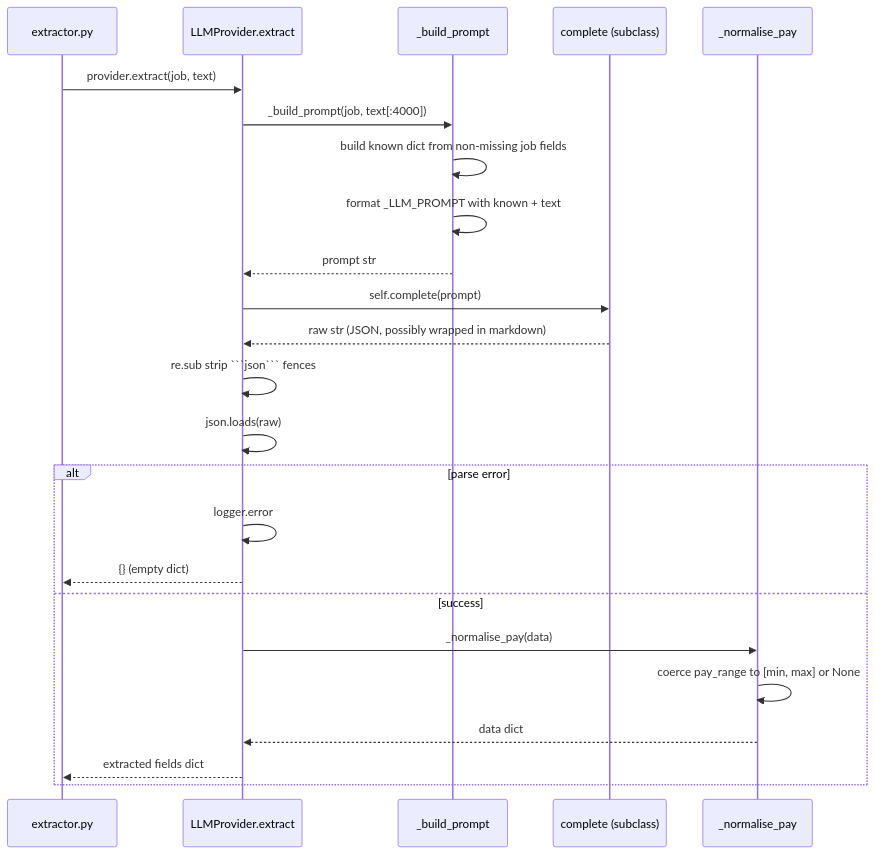
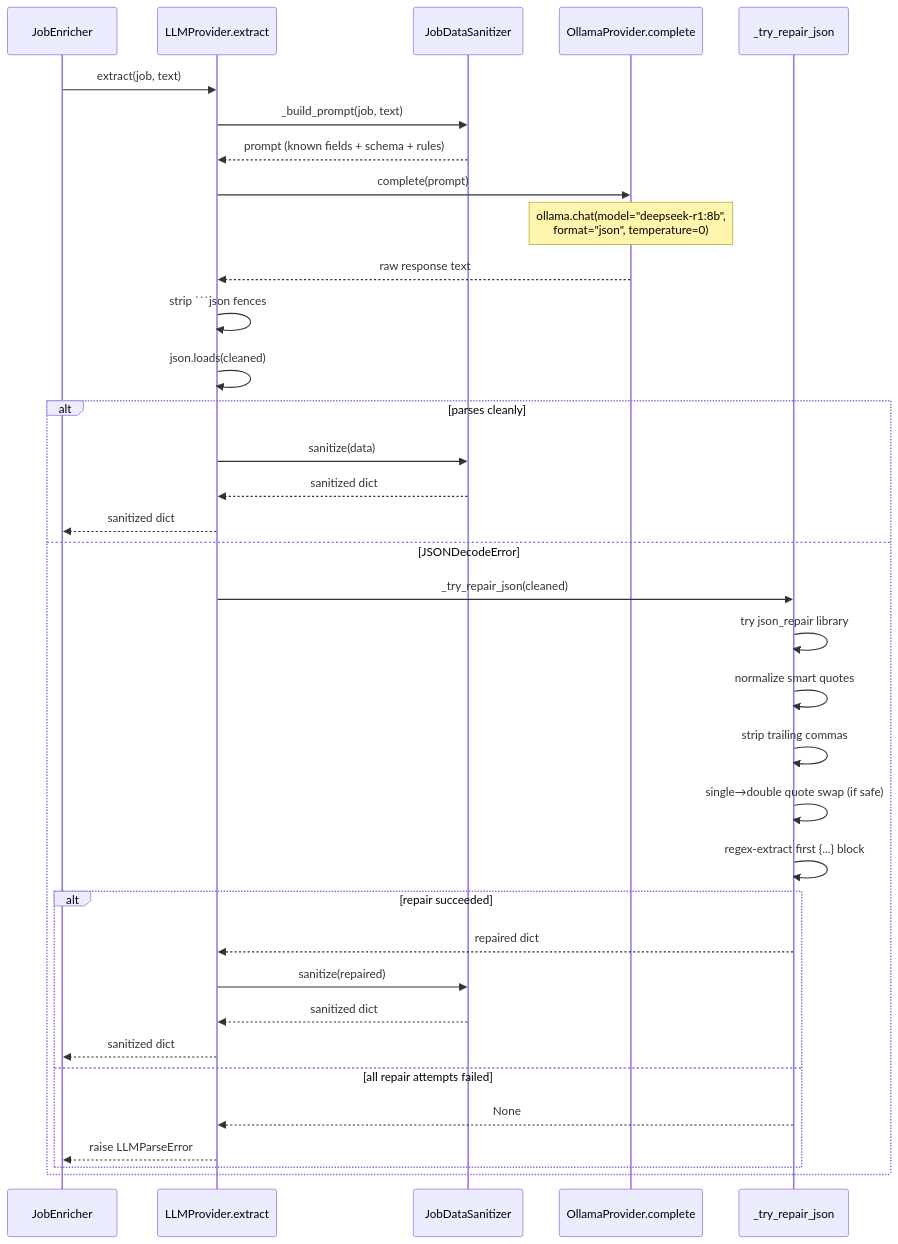
Before and after one commit to AustinDwomoh/libra: the diagram in docs/diagrams/llm_seq.md, drawn with Mermaid. The commit also changed other lines of this file and 9 other files, not shown here.

First line of the commit message:
Instantiate JobEnricher once; refresh diagrams

````diff
--- a/docs/diagrams/llm_seq.md
+++ b/docs/diagrams/llm_seq.md
@@ -1,32 +1,40 @@
 ```mermaid
-%% sequenceDiagram — LLMProvider.extract (prompt → parse → normalize)
+%% sequenceDiagram — LLMProvider.extract() with JSON repair pipeline
 sequenceDiagram
-    participant Caller as extractor.py
-    participant P as LLMProvider.extract
-    participant BP as _build_prompt
-    participant Sub as complete (subclass)
-    participant NP as _normalise_pay
+    participant Caller as JobEnricher
+    participant LP as LLMProvider.extract
+    participant San as JobDataSanitizer
+    participant Ollama as OllamaProvider.complete
+    participant Repair as _try_repair_json
 
-    Caller->>P: provider.extract(job, text)
-    P->>BP: _build_prompt(job, text[:4000])
-    BP->>BP: build known dict from non-missing job fields
-    BP->>BP: format _LLM_PROMPT with known + text
-    BP-->>P: prompt str
+    Caller->>LP: extract(job, text)
+    LP->>San: _build_prompt(job, text)
+    San-->>LP: prompt (known fields + schema + rules)
+    LP->>Ollama: complete(prompt)
+    Note over Ollama: ollama.chat(model="deepseek-r1:8b",<br/>format="json", temperature=0)
+    Ollama-->>LP: raw response text
+    LP->>LP: strip ```json fences
 
-    P->>Sub: self.complete(prompt)
-    Sub-->>P: raw str (JSON, possibly wrapped in markdown)
-
-    P->>P: re.sub strip ```json``` fences
-    P->>P: json.loads(raw)
-
-    alt parse error
-        P->>P: logger.error
-        P-->>Caller: {} (empty dict)
-    else success
-        P->>NP: _normalise_pay(data)
-        NP->>NP: coerce pay_range to [min, max] or None
-        NP-->>P: data dict
-        P-->>Caller: extracted fields dict
+    LP->>LP: json.loads(cleaned)
+    alt parses cleanly
+        LP->>San: sanitize(data)
+        San-->>LP: sanitized dict
+        LP-->>Caller: sanitized dict
+    else JSONDecodeError
+        LP->>Repair: _try_repair_json(cleaned)
+        Repair->>Repair: try json_repair library
+        Repair->>Repair: normalize smart quotes
+        Repair->>Repair: strip trailing commas
+        Repair->>Repair: single→double quote swap (if safe)
+        Repair->>Repair: regex-extract first {...} block
+        alt repair succeeded
+            Repair-->>LP: repaired dict
+            LP->>San: sanitize(repaired)
+            San-->>LP: sanitized dict
+            LP-->>Caller: sanitized dict
+        else all repair attempts failed
+            Repair-->>LP: None
+            LP-->>Caller: raise LLMParseError
+        end
     end
-
 ```
````
